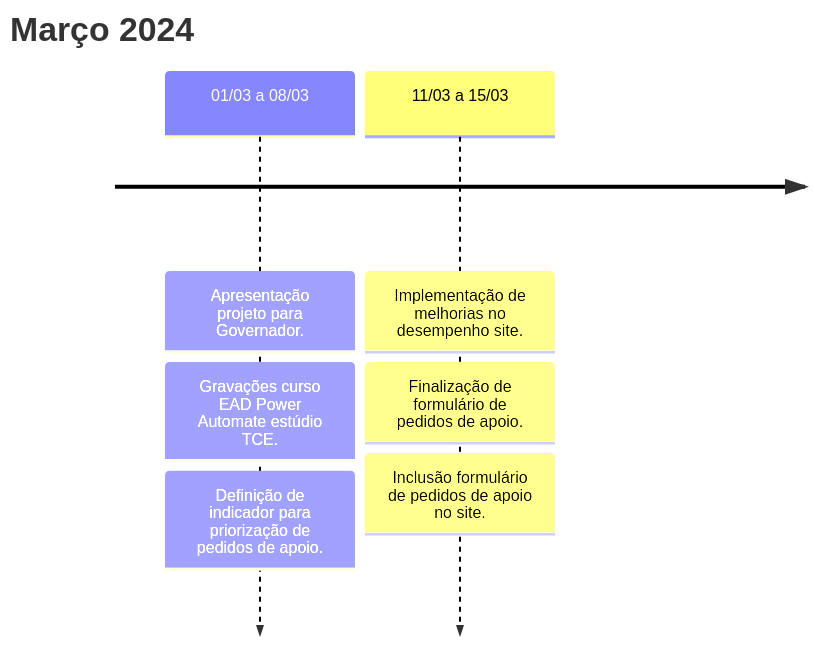
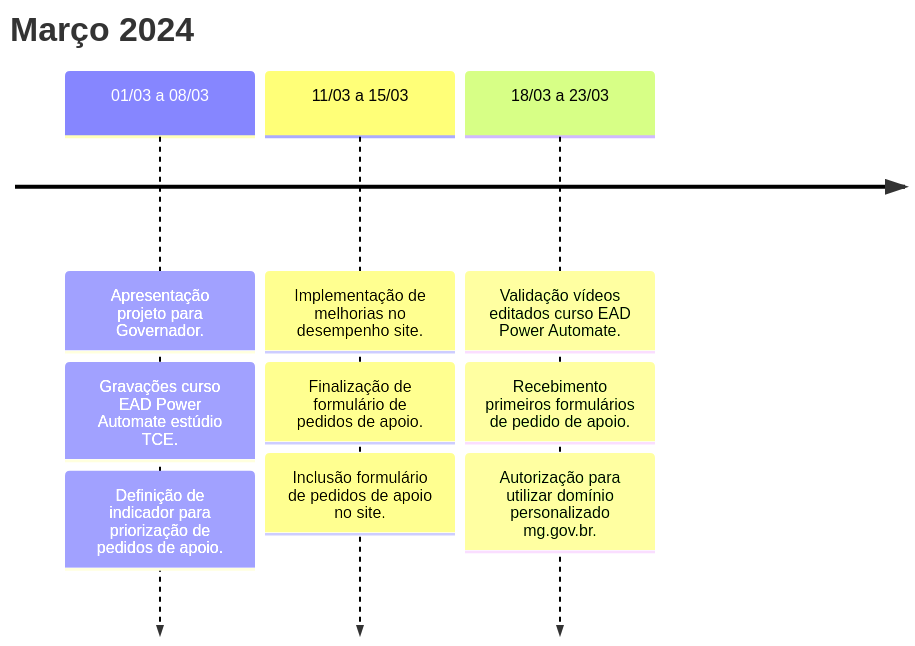
One commit to automatiza-mg/handbook changed the third of 3 diagrams in docs/linha_do_tempo/automatiza_mg.md. Above: the diagram before and after it, drawn with Mermaid.

````diff
--- a/docs/linha_do_tempo/automatiza_mg.md
+++ b/docs/linha_do_tempo/automatiza_mg.md
@@ -52,10 +52,13 @@
 ```mermaid
 timeline
     title Março 2024
     01/03 a 08/03 : Apresentação projeto para Governador.
                   : Gravações curso EAD Power Automate estúdio TCE.
                   : Definição de indicador para priorização de pedidos de apoio.
     11/03 a 15/03 : Implementação de melhorias no desempenho site.
                   : Finalização de formulário de pedidos de apoio.
                   : Inclusão formulário de pedidos de apoio no site.
+    18/03 a 23/03 : Validação vídeos editados curso EAD Power Automate.
+                  : Recebimento primeiros formulários de pedido de apoio.
+                  : Autorização para utilizar domínio personalizado mg.gov.br.
 ```
````
